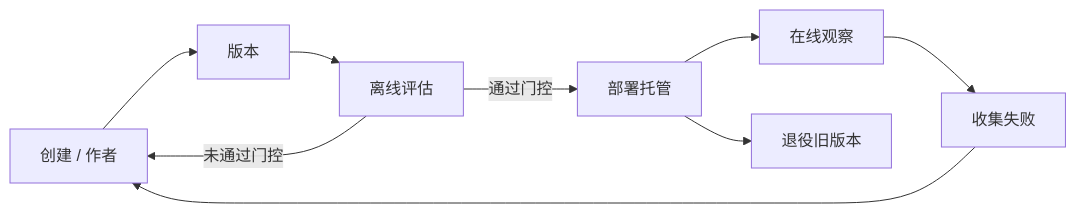
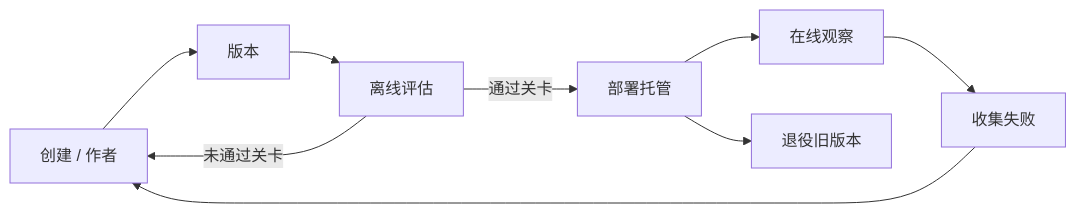
Before and after one commit to microsoft/ai-agents-for-beginners: the second of 4 diagrams in translations/zh-CN/16-deploying-scalable-agents/README.md, drawn with Mermaid. The commit also changed other lines of this file and 47 other files, not shown here.

````diff
--- a/translations/zh-CN/16-deploying-scalable-agents/README.md
+++ b/translations/zh-CN/16-deploying-scalable-agents/README.md
@@ -108,11 +108,11 @@
 ```mermaid
 flowchart LR
     Create[创建 / 作者] --> Version[版本]
     Version --> Evaluate[离线评估]
-    Evaluate -->|通过门控| Deploy[部署托管]
-    Evaluate -->|未通过门控| Create
+    Evaluate -->|通过关卡| Deploy[部署托管]
+    Evaluate -->|未通过关卡| Create
     Deploy --> Observe[在线观察]
     Observe --> Improve[收集失败]
     Improve --> Create
     Deploy --> Retire[退役旧版本]
 ```
````
